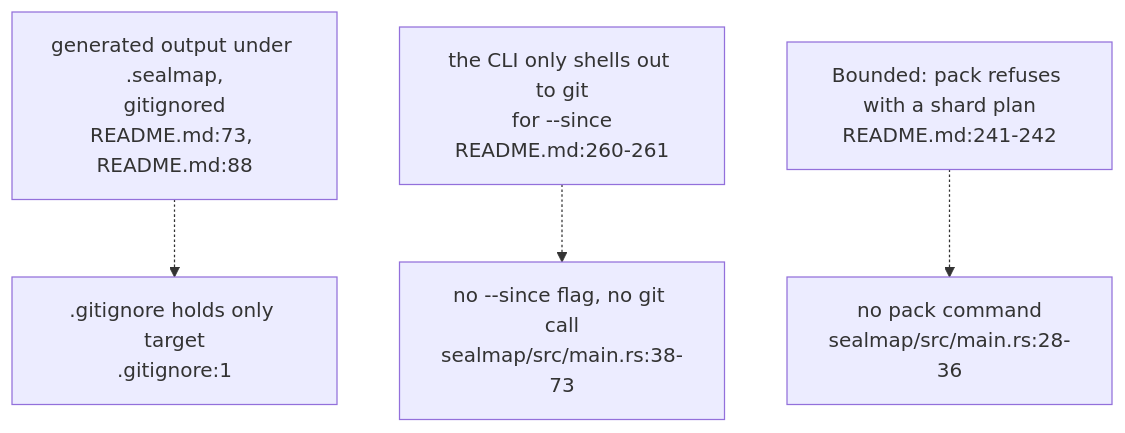
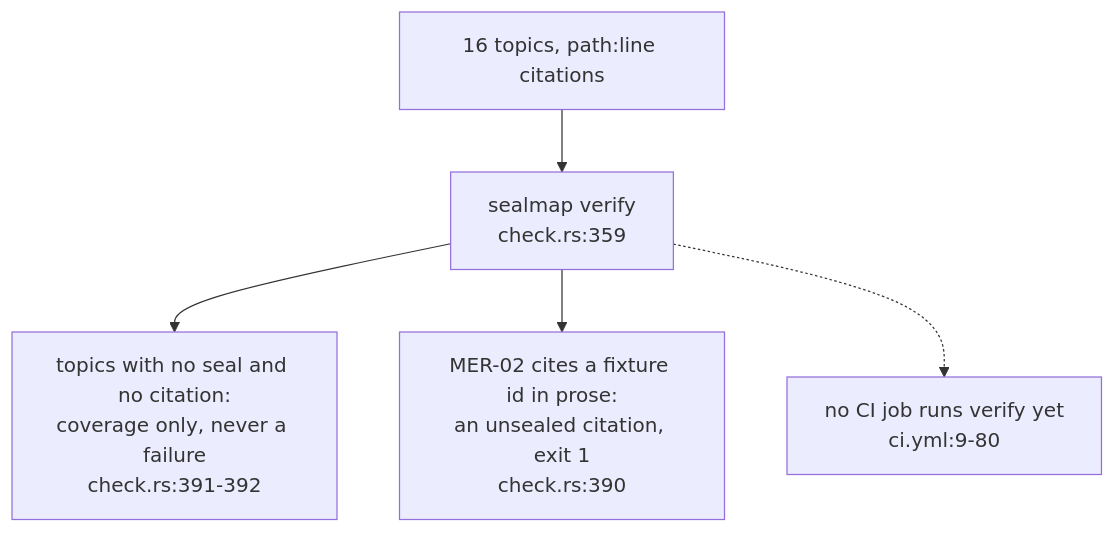
Before and after one commit to DreamLab-AI/codemaid: the sixth of 6 diagrams in docs/diagrams/delivery/02-design-versus-code.md, drawn with Mermaid. The commit also changed other lines of this file and 22 other files, not shown here.

First line of the commit message:
docs(diagrams): COR-04 and COR-05 for the seal surface; re-stamp every topic at ae478d9

````diff
--- a/docs/diagrams/delivery/02-design-versus-code.md
+++ b/docs/diagrams/delivery/02-design-versus-code.md
@@ -232,12 +236,12 @@
 ```mermaid
 flowchart TB
-    R1["generated output under .sealmap,<br/>gitignored<br/>README.md:73, README.md:88"]
-    C1[".gitignore holds only target<br/>.gitignore:1"]
-    R2["the CLI only shells out to git<br/>for --since<br/>README.md:260-261"]
-    C2["no --since flag, no git call<br/>sealmap/src/main.rs:38-73"]
-    R3["Bounded: pack refuses with a shard plan<br/>README.md:241-242"]
-    C3["no pack command<br/>sealmap/src/main.rs:28-36"]
-    R1 -.-> C1
-    R2 -.-> C2
-    R3 -.-> C3
+    T["16 topics, path:line citations"]
+    V["sealmap verify<br/>check.rs:359"]
+    C["topics with no seal and no citation:<br/>coverage only, never a failure<br/>check.rs:391-392"]
+    M["MER-02 cites a fixture id in prose:<br/>an unsealed citation, exit 1<br/>check.rs:390"]
+    CI["no CI job runs verify yet<br/>ci.yml:9-80"]
+    T --> V
+    V --> C
+    V --> M
+    V -.-> CI
 ```
````
